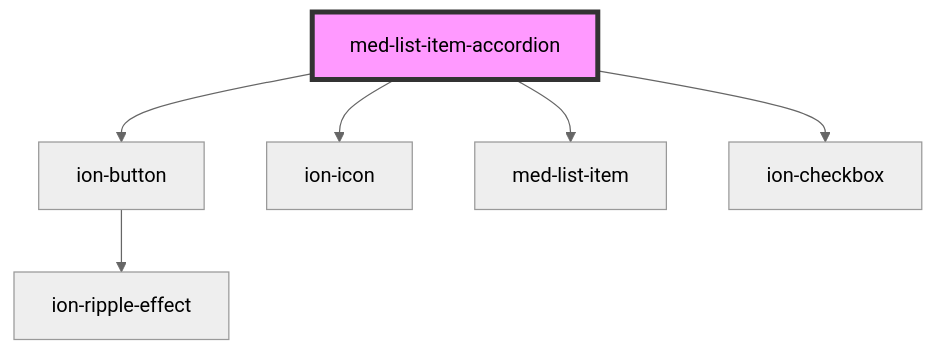
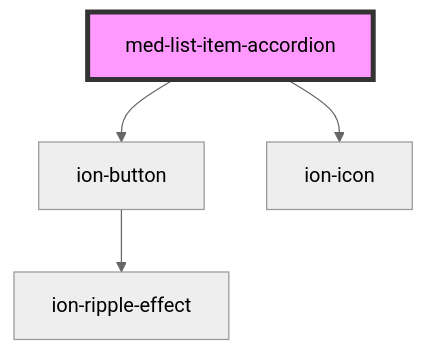
The diagram in core/src/components/00-autoral/global/med-list-item-accordion/readme.md (MEDGRUPOGIT/ionic-framework-1), drawn with Mermaid (neutral theme) before and after one commit. The commit also changed other lines of this file and 5 other files, not shown here.

````diff
--- a/core/src/components/00-autoral/global/med-list-item-accordion/readme.md
+++ b/core/src/components/00-autoral/global/med-list-item-accordion/readme.md
@@ -46,9 +44,7 @@
 ```mermaid
 graph TD;
   med-list-item-accordion --> ion-button
   med-list-item-accordion --> ion-icon
-  med-list-item-accordion --> med-list-item
-  med-list-item-accordion --> ion-checkbox
   ion-button --> ion-ripple-effect
   style med-list-item-accordion fill:#f9f,stroke:#333,stroke-width:4px
 ```
````
